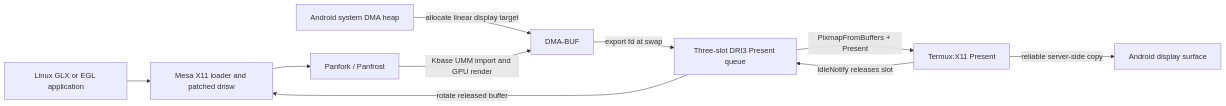
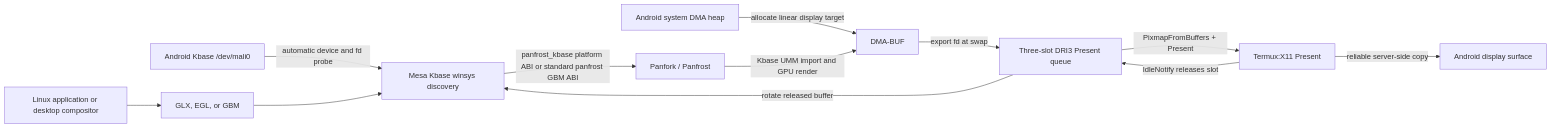
The diagram in tensor-g1/README.md (RandomCoderOrg/mesa-gfxstream), drawn with Mermaid before and after one commit. The commit also changed other lines of this file and 120 other files, not shown here.

First line of the commit message:
feat(tensor-g1): add Kbase winsys diagnostics

````diff
--- a/tensor-g1/README.md
+++ b/tensor-g1/README.md
@@ -49,12 +49,14 @@
 ```mermaid
 flowchart LR
-    APP["Linux GLX or EGL application"] --> LOADER["Mesa X11 loader and patched drisw"]
+    APP["Linux application or desktop compositor"] --> API["GLX, EGL, or GBM"]
+    KBASE["Android Kbase /dev/mali0"] -->|"automatic device and fd probe"| LOADER["Mesa Kbase winsys discovery"]
+    API --> LOADER
+    LOADER -->|"panfrost_kbase platform ABI or standard panfrost GBM ABI"| PAN["Panfork / Panfrost"]
     HEAP["Android system DMA heap"] -->|"allocate linear display target"| BUF["DMA-BUF"]
-    LOADER --> PAN["Panfork / Panfrost"]
     PAN -->|"Kbase UMM import and GPU render"| BUF
     BUF -->|"export fd at swap"| QUEUE["Three-slot DRI3 Present queue"]
     QUEUE -->|"PixmapFromBuffers + Present"| X11["Termux:X11 Present"]
     X11 -->|"IdleNotify releases slot"| QUEUE
     QUEUE -->|"rotate released buffer"| LOADER
     X11 -->|"reliable server-side copy"| SURFACE["Android display surface"]
 ```
````
